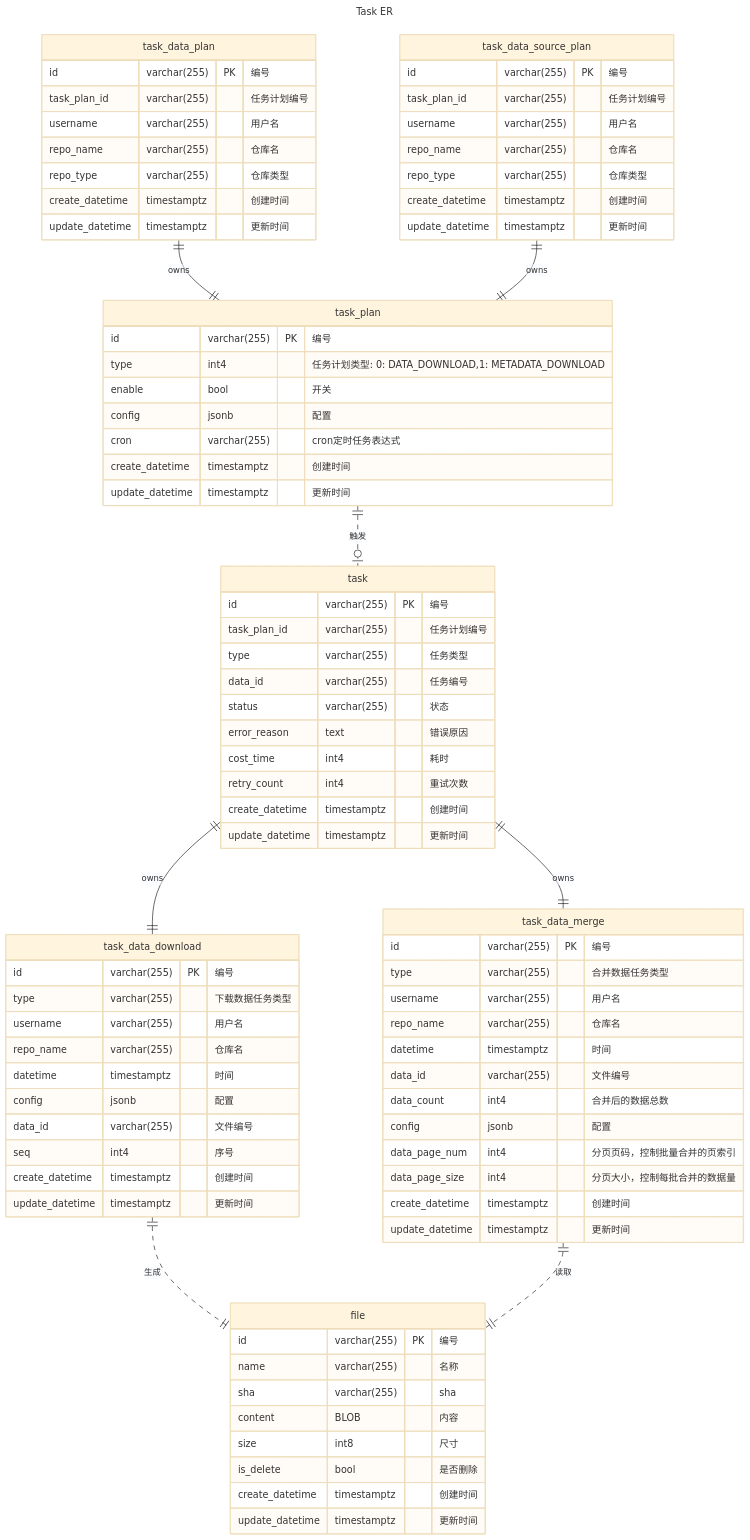
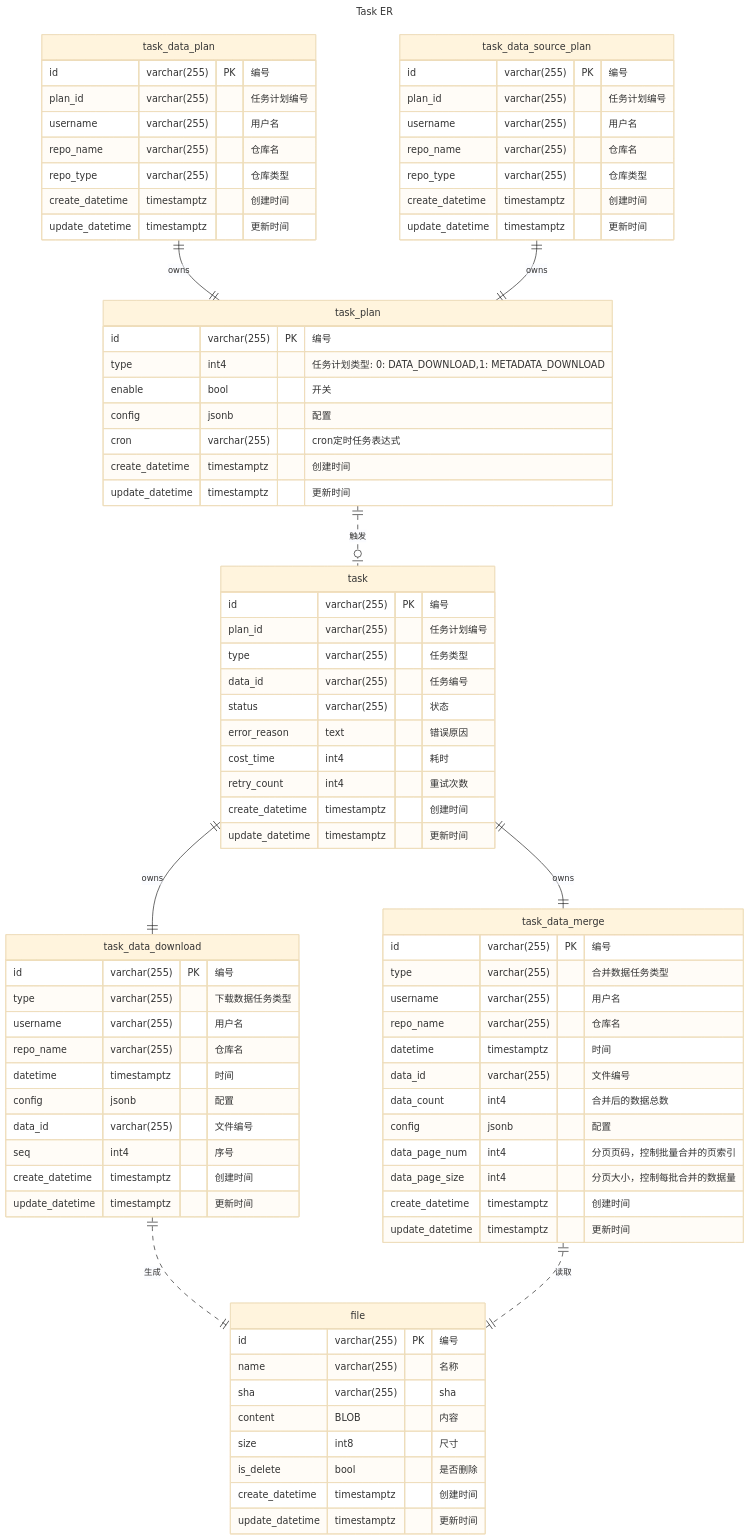
One commit to lastsunday/job-hunting changed the fourth of 5 diagrams in docs/src/development/server/core_logic_flow.md. Above: the diagram before and after it, drawn with Mermaid (base theme). The commit also changed 35 other files, not shown here.

Commit message:
fix(server): server data schema from server core logic flow

```diff
--- a/docs/src/development/server/core_logic_flow.md
+++ b/docs/src/development/server/core_logic_flow.md
@@ -276,7 +276,7 @@
     task_plan ||..o| task : "触发"
     task{
       id varchar(255) PK "编号"
-      task_plan_id varchar(255) "任务计划编号"
+      plan_id varchar(255) "任务计划编号"
       type varchar(255) "任务类型"
       data_id varchar(255) "任务编号"
       status varchar(255) "状态"
@@ -289,7 +289,7 @@
     task_data_plan ||--|| task_plan: owns
     task_data_plan{
       id varchar(255) PK "编号"
-      task_plan_id varchar(255) "任务计划编号"
+      plan_id varchar(255) "任务计划编号"
       username varchar(255) "用户名"
       repo_name varchar(255) "仓库名"
       repo_type varchar(255) "仓库类型"
@@ -299,7 +299,7 @@
     task_data_source_plan ||--|| task_plan: owns
     task_data_source_plan{
       id varchar(255) PK "编号"
-      task_plan_id varchar(255) "任务计划编号"
+      plan_id varchar(255) "任务计划编号"
       username varchar(255) "用户名"
       repo_name varchar(255) "仓库名"
       repo_type varchar(255) "仓库类型"
```
